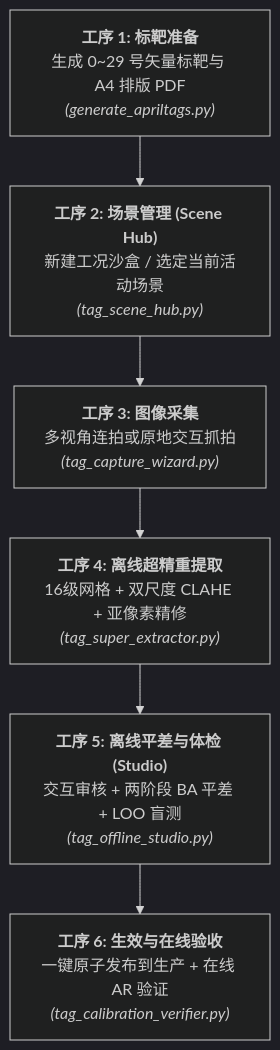
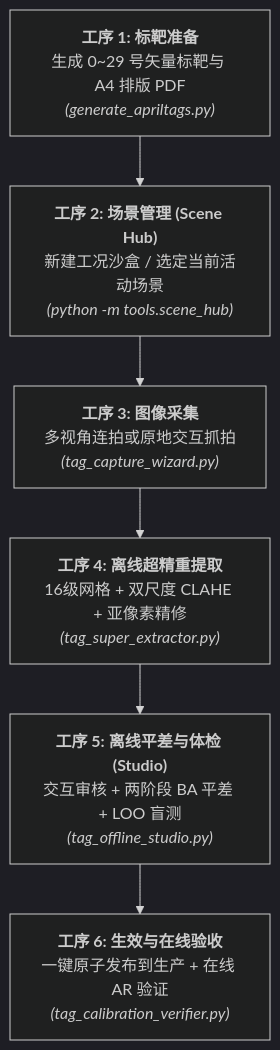
The second of 3 diagrams in README.md (voicevon/flux_vision_3d), drawn with Mermaid (dark theme) before and after one commit. The commit also changed other lines of this file and 11 other files, not shown here.

````diff
--- a/README.md
+++ b/README.md
@@ -174,11 +174,11 @@
 ```mermaid
 flowchart TD
     S1["<b>工序 1: 标靶准备</b><br>生成 0~29 号矢量标靶与 A4 排版 PDF<br><i>(generate_apriltags.py)</i>"]
-    S2["<b>工序 2: 场景管理 (Scene Hub)</b><br>新建工况沙盒 / 选定当前活动场景<br><i>(tag_scene_hub.py)</i>"]
+    S2["<b>工序 2: 场景管理 (Scene Hub)</b><br>新建工况沙盒 / 选定当前活动场景<br><i>(python -m tools.scene_hub)</i>"]
     S3["<b>工序 3: 图像采集</b><br>多视角连拍或原地交互抓拍<br><i>(tag_capture_wizard.py)</i>"]
     S4["<b>工序 4: 离线超精重提取</b><br>16级网格 + 双尺度 CLAHE + 亚像素精修<br><i>(tag_super_extractor.py)</i>"]
     S5["<b>工序 5: 离线平差与体检 (Studio)</b><br>交互审核 + 两阶段 BA 平差 + LOO 盲测<br><i>(tag_offline_studio.py)</i>"]
     S6["<b>工序 6: 生效与在线验收</b><br>一键原子发布到生产 + 在线 AR 验证<br><i>(tag_calibration_verifier.py)</i>"]
 
     S1 --> S2 --> S3 --> S4 --> S5 --> S6
 ```
````
